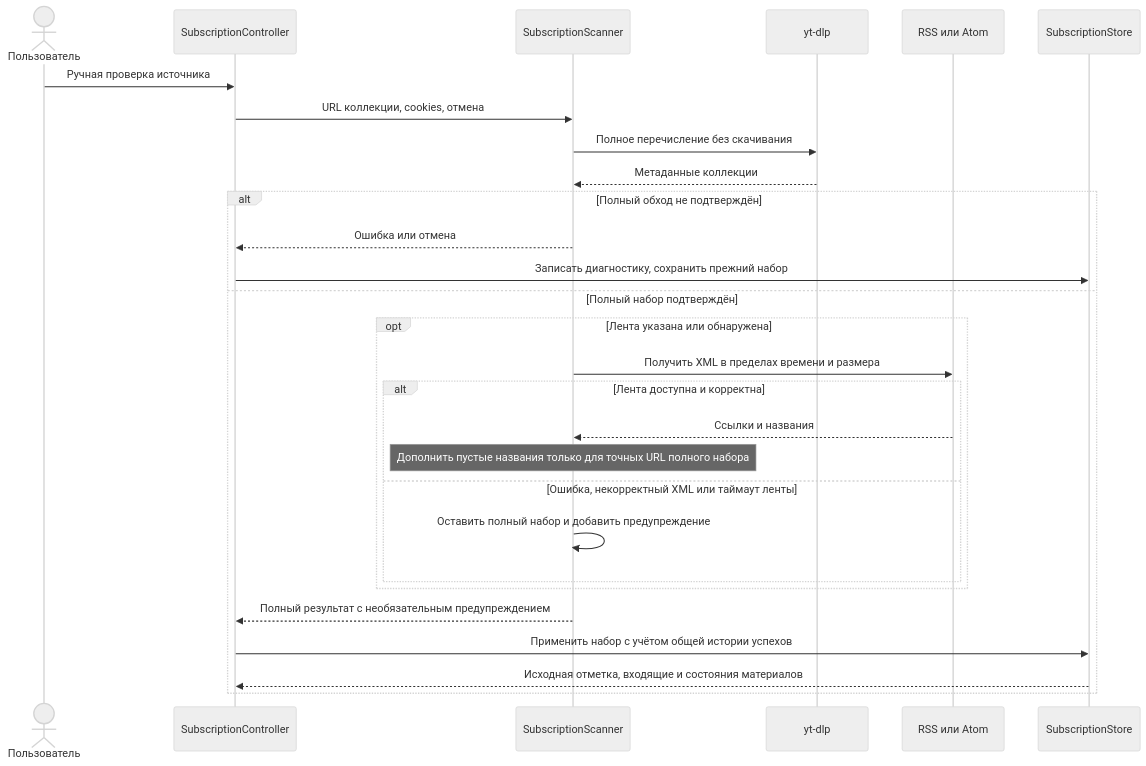
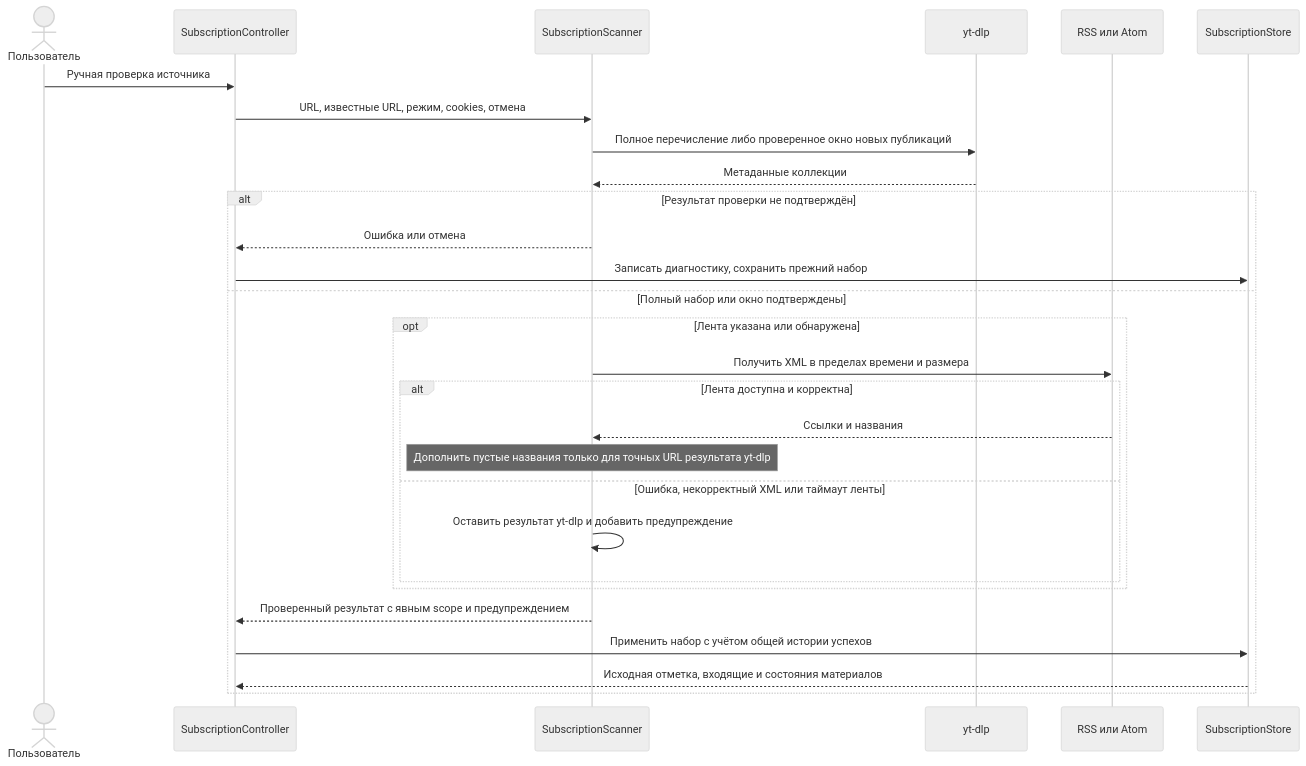
One commit to bespalovnikita/video-downloader changed the fifth of 7 diagrams in docs/ARCHITECTURE.md. Above: the diagram before and after it, drawn with Mermaid (neutral theme). The commit also changed other lines of this file and 5 other files, not shown here.

````diff
--- a/docs/ARCHITECTURE.md
+++ b/docs/ARCHITECTURE.md
@@ -277,30 +317,30 @@
 ```mermaid
 sequenceDiagram
     actor U as Пользователь
     participant C as SubscriptionController
     participant S as SubscriptionScanner
     participant Y as yt-dlp
     participant R as RSS или Atom
     participant D as SubscriptionStore
     U->>C: Ручная проверка источника
-    C->>S: URL коллекции, cookies, отмена
-    S->>Y: Полное перечисление без скачивания
+    C->>S: URL, известные URL, режим, cookies, отмена
+    S->>Y: Полное перечисление либо проверенное окно новых публикаций
     Y-->>S: Метаданные коллекции
-    alt Полный обход не подтверждён
+    alt Результат проверки не подтверждён
         S-->>C: Ошибка или отмена
         C->>D: Записать диагностику, сохранить прежний набор
-    else Полный набор подтверждён
+    else Полный набор или окно подтверждены
         opt Лента указана или обнаружена
             S->>R: Получить XML в пределах времени и размера
             alt Лента доступна и корректна
                 R-->>S: Ссылки и названия
-                Note over S: Дополнить пустые названия только для точных URL полного набора
+                Note over S: Дополнить пустые названия только для точных URL результата yt-dlp
             else Ошибка, некорректный XML или таймаут ленты
-                S->>S: Оставить полный набор и добавить предупреждение
+                S->>S: Оставить результат yt-dlp и добавить предупреждение
             end
         end
-        S-->>C: Полный результат с необязательным предупреждением
+        S-->>C: Проверенный результат с явным scope и предупреждением
         C->>D: Применить набор с учётом общей истории успехов
         D-->>C: Исходная отметка, входящие и состояния материалов
     end
 ```
````
